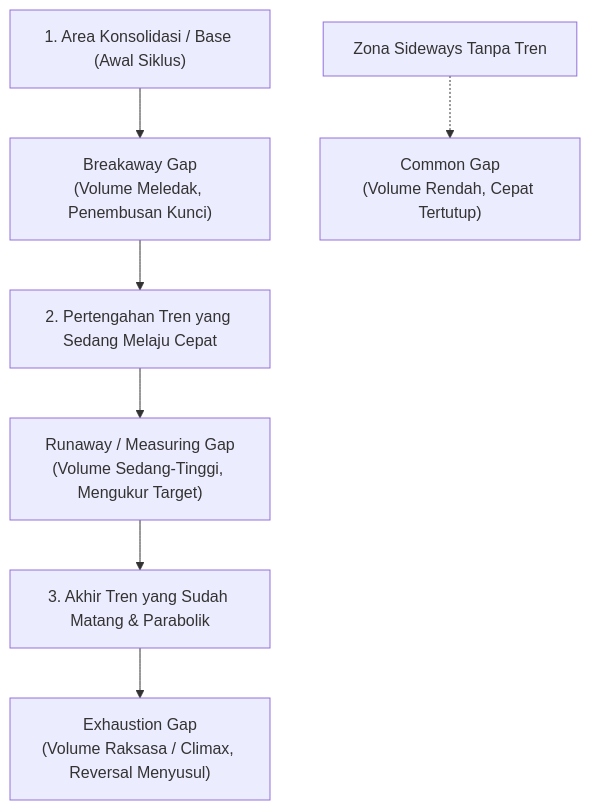
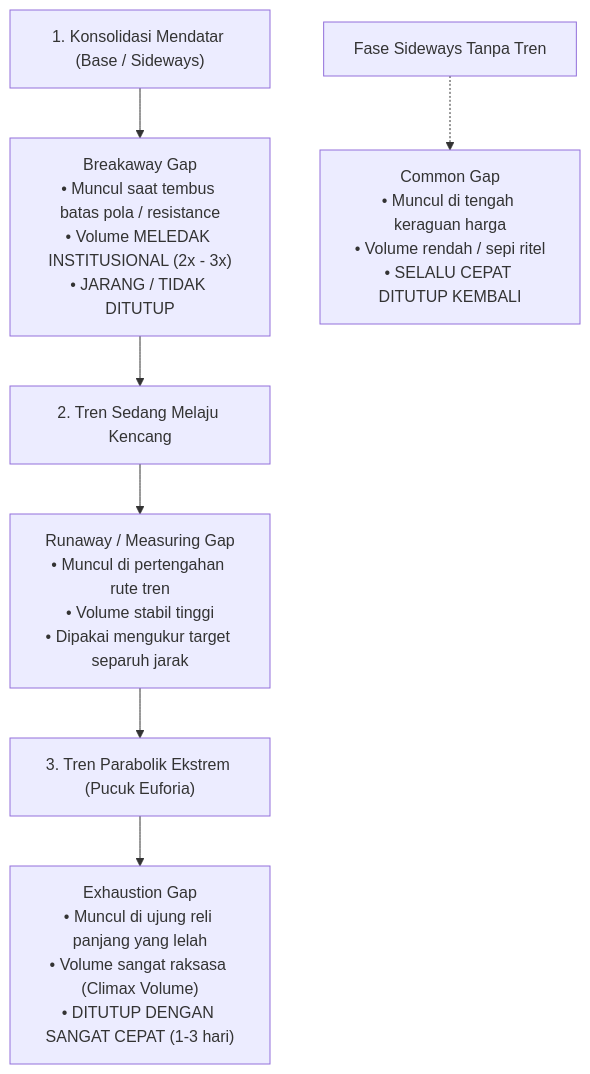
Before and after one commit to AlulCode45/Trading-Learning-Path: the third of 5 diagrams in docs/edianto-ong/20-gaps.md, drawn with Mermaid. The commit also changed other lines of this file and 29 other files, not shown here.

Commit message:
docs(edianto-ong): upgrade all 29 chapters with beginner analogies, diagrams, step-by-step guides, and case studies

````diff
--- a/docs/edianto-ong/20-gaps.md
+++ b/docs/edianto-ong/20-gaps.md
@@ -35,10 +59,12 @@
 ```mermaid
 flowchart TD
-    TrendStart["1. Area Konsolidasi / Base (Awal Siklus)"] --> Break["Breakaway Gap<br/>(Volume Meledak, Penembusan Kunci)"]
-    Break --> MidTrend["2. Pertengahan Tren yang Sedang Melaju Cepat"]
-    MidTrend --> Runaway["Runaway / Measuring Gap<br/>(Volume Sedang-Tinggi, Mengukur Target)"]
-    Runaway --> TrendEnd["3. Akhir Tren yang Sudah Matang & Parabolik"]
-    TrendEnd --> Exhaustion["Exhaustion Gap<br/>(Volume Raksasa / Climax, Reversal Menyusul)"]
+    Consolidation["1. Konsolidasi Mendatar (Base / Sideways)"] --> BGap["Breakaway Gap<br/>• Muncul saat tembus batas pola / resistance<br/>• Volume MELEDAK INSTITUSIONAL (2x - 3x)<br/>• JARANG / TIDAK DITUTUP"]
     
-    Konsol["Zona Sideways Tanpa Tren"] -.-> Common["Common Gap<br/>(Volume Rendah, Cepat Tertutup)"]
+    BGap --> StrongTrend["2. Tren Sedang Melaju Kencang"]
+    StrongTrend --> RGap["Runaway / Measuring Gap<br/>• Muncul di pertengahan rute tren<br/>• Volume stabil tinggi<br/>• Dipakai mengukur target separuh jarak"]
+
+    RGap --> ParabolicTrend["3. Tren Parabolik Ekstrem (Pucuk Euforia)"]
+    ParabolicTrend --> EGap["Exhaustion Gap<br/>• Muncul di ujung reli panjang yang lelah<br/>• Volume sangat raksasa (Climax Volume)<br/>• DITUTUP DENGAN SANGAT CEPAT (1-3 hari)"]
+
+    RangeSideways["Fase Sideways Tanpa Tren"] -.-> CGap["Common Gap<br/>• Muncul di tengah keraguan harga<br/>• Volume rendah / sepi ritel<br/>• SELALU CEPAT DITUTUP KEMBALI"]
 ```
````
